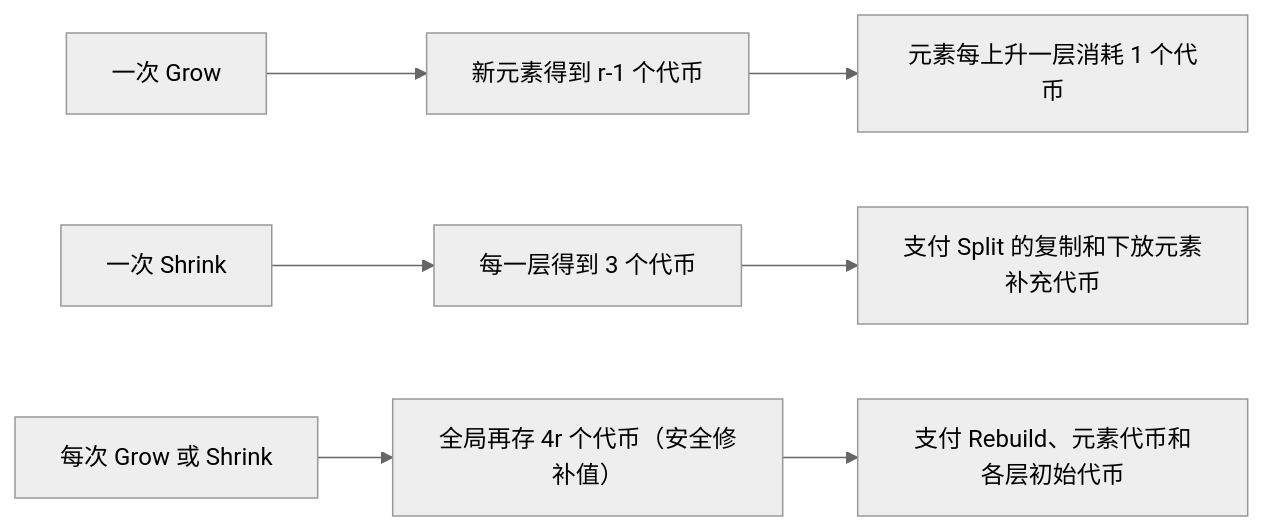
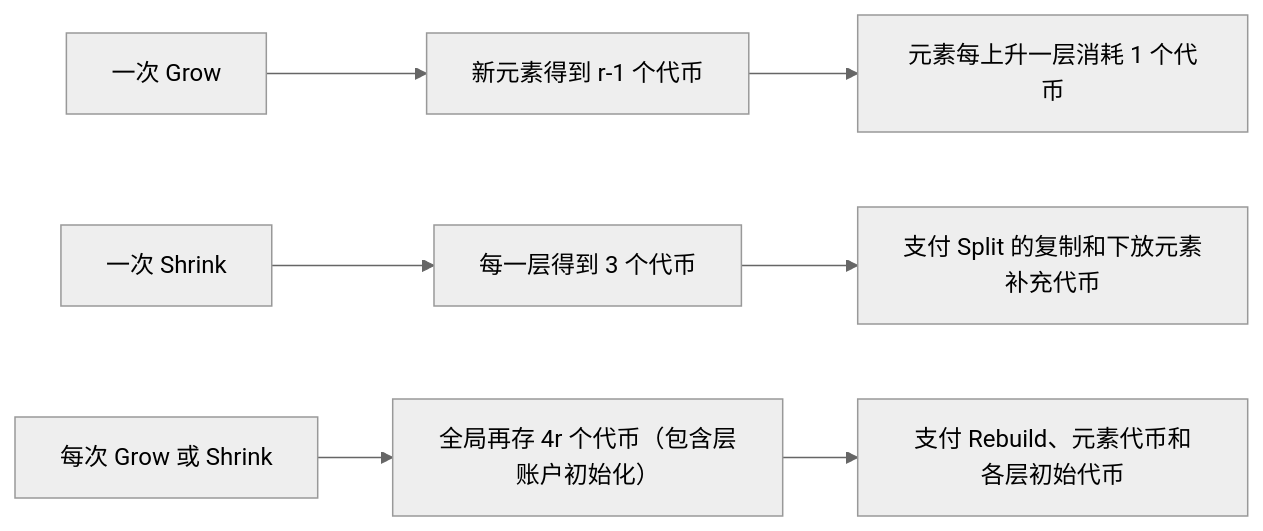
The diagram in review.md (Kapukok/AdvAlgoReview), drawn with Mermaid (neutral theme) before and after one commit. The commit also changed other lines of this file and 10 other files, not shown here.

````diff
--- a/review.md
+++ b/review.md
@@ -954,9 +954,9 @@
 ```mermaid
 flowchart LR
     G["一次 Grow"] --> I["新元素得到 r-1 个代币"]
     I --> C["元素每上升一层消耗 1 个代币"]
     S["一次 Shrink"] --> L["每一层得到 3 个代币"]
     L --> P["支付 Split 的复制和下放元素补充代币"]
-    O["每次 Grow 或 Shrink"] --> R["全局再存 4r 个代币（安全修补值）"]
+    O["每次 Grow 或 Shrink"] --> R["全局再存 4r 个代币（包含层账户初始化）"]
     R --> B["支付 Rebuild、元素代币和各层初始代币"]
 ```
````
